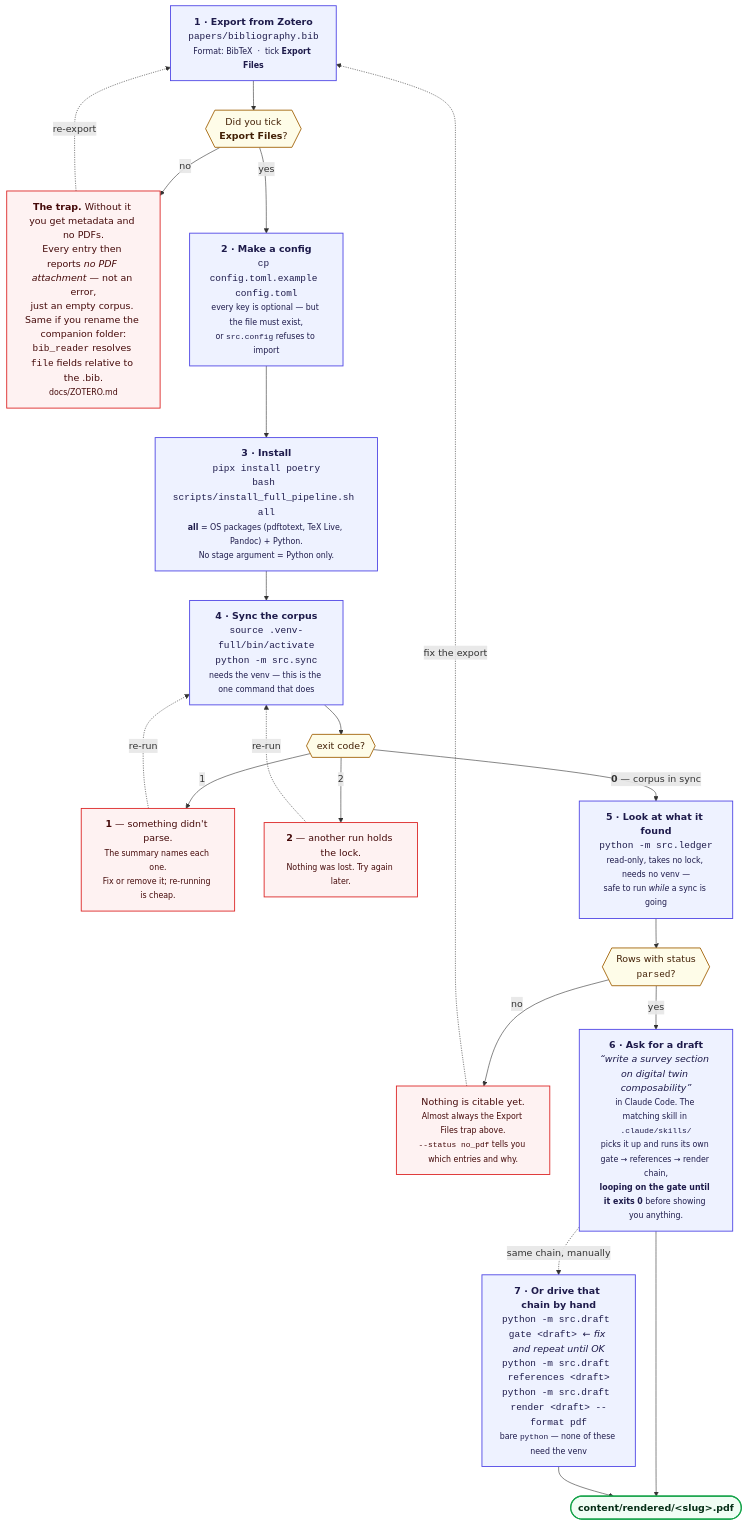
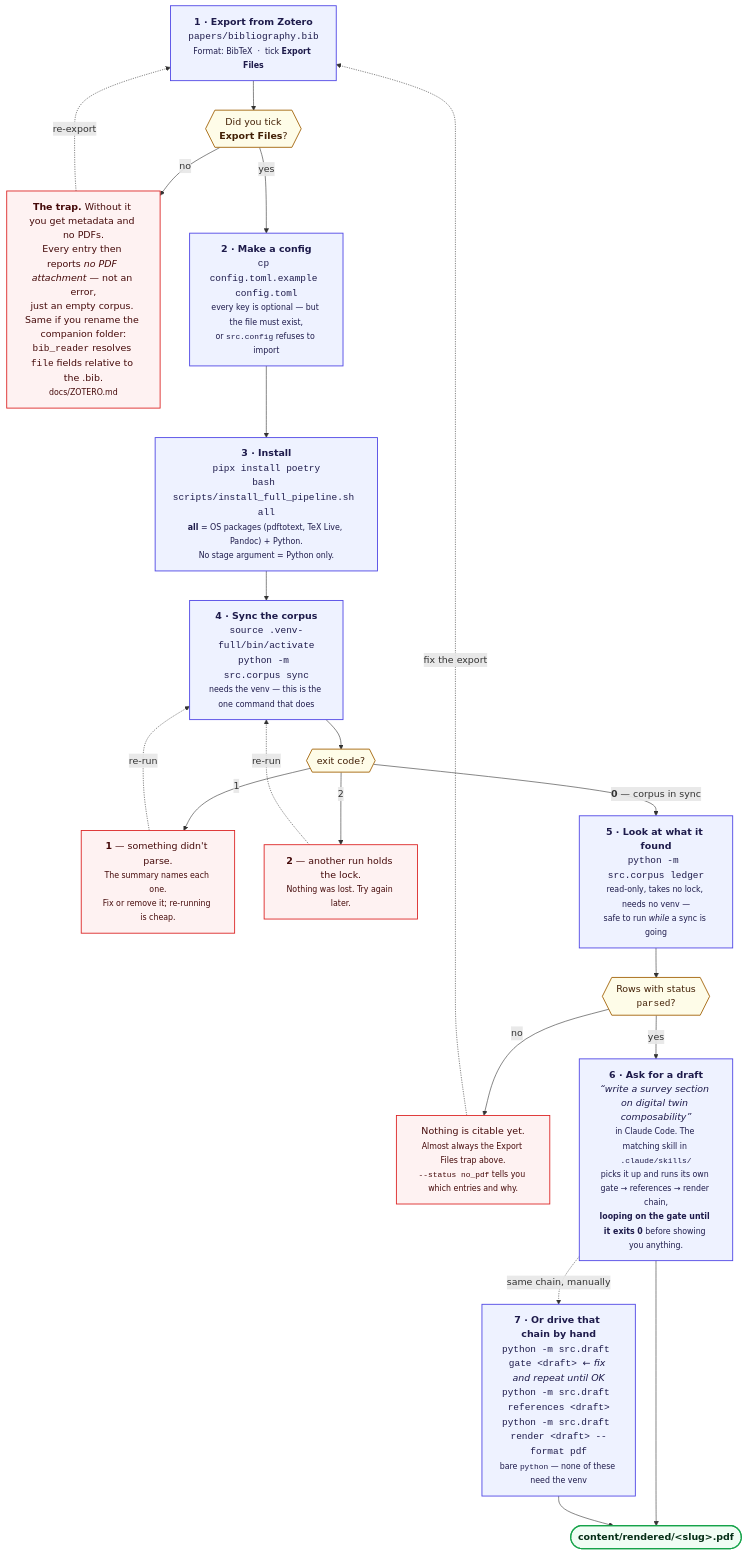
The second of 11 diagrams in docs/DIAGRAMS.md (prasadtalasila/chitragupta), drawn with Mermaid before and after one commit. The commit also changed other lines of this file and 89 other files, not shown here.

````diff
--- a/docs/DIAGRAMS.md
+++ b/docs/DIAGRAMS.md
@@ -109,51 +109,51 @@
 ```mermaid
 flowchart TB
 
   A["<b>1 · Export from Zotero</b><br/><code>papers/bibliography.bib</code><br/><small>Format: BibTeX &nbsp;·&nbsp; tick <b>Export Files</b></small>"]
   A1{{"Did you tick<br/><b>Export Files</b>?"}}
   ATRAP["<b>The trap.</b> Without it you get metadata and no PDFs.<br/>Every entry then reports <i>no PDF attachment</i> — not an error,<br/>just an empty corpus. Same if you rename the companion folder:<br/><code>bib_reader</code> resolves <code>file</code> fields relative to the .bib.<br/><small>docs/ZOTERO.md</small>"]
 
   B["<b>2 · Make a config</b><br/><code>cp config.toml.example config.toml</code><br/><small>every key is optional — but the file must exist,<br/>or <code>src.config</code> refuses to import</small>"]
 
   C["<b>3 · Install</b><br/><code>pipx install poetry</code><br/><code>bash scripts/install_full_pipeline.sh all</code><br/><small><b>all</b> = OS packages (pdftotext, TeX Live, Pandoc) + Python.<br/>No stage argument = Python only.</small>"]
 
-  D["<b>4 · Sync the corpus</b><br/><code>source .venv-full/bin/activate</code><br/><code>python -m src.sync</code><br/><small>needs the venv — this is the one command that does</small>"]
+  D["<b>4 · Sync the corpus</b><br/><code>source .venv-full/bin/activate</code><br/><code>python -m src.corpus sync</code><br/><small>needs the venv — this is the one command that does</small>"]
   D1{{"exit code?"}}
   DFAIL["<b>1</b> — something didn't parse.<br/><small>The summary names each one.<br/>Fix or remove it; re-running is cheap.</small>"]
   DBUSY["<b>2</b> — another run holds the lock.<br/><small>Nothing was lost. Try again later.</small>"]
 
-  E["<b>5 · Look at what it found</b><br/><code>python -m src.ledger</code><br/><small>read-only, takes no lock, needs no venv —<br/>safe to run <i>while</i> a sync is going</small>"]
+  E["<b>5 · Look at what it found</b><br/><code>python -m src.corpus ledger</code><br/><small>read-only, takes no lock, needs no venv —<br/>safe to run <i>while</i> a sync is going</small>"]
   E1{{"Rows with status<br/><code>parsed</code>?"}}
   EEMPTY["Nothing is citable yet.<br/><small>Almost always the Export Files trap above.<br/><code>--status no_pdf</code> tells you which entries and why.</small>"]
 
   F["<b>6 · Ask for a draft</b><br/><i>“write a survey section on digital twin composability”</i><br/><small>in Claude Code. The matching skill in <code>.claude/skills/</code><br/>picks it up and runs its own gate → references → render chain,<br/><b>looping on the gate until it exits 0</b> before showing you anything.</small>"]
 
   G["<b>7 · Or drive that chain by hand</b><br/><code>python -m src.draft gate &lt;draft&gt;</code> &nbsp;<i>← fix and repeat until OK</i><br/><code>python -m src.draft references &lt;draft&gt;</code><br/><code>python -m src.draft render &lt;draft&gt; --format pdf</code><br/><small>bare <code>python</code> — none of these need the venv</small>"]
 
   DONE(["<b>content/rendered/&lt;slug&gt;.pdf</b>"])
 
   A --> A1
   A1 -- no --> ATRAP
   ATRAP -. "re-export" .-> A
   A1 -- yes --> B --> C --> D --> D1
   D1 -- "1" --> DFAIL
   D1 -- "2" --> DBUSY
   DBUSY -. "re-run" .-> D
   DFAIL -. "re-run" .-> D
   D1 -- "<b>0</b> — corpus in sync" --> E --> E1
   E1 -- no --> EEMPTY
   EEMPTY -. "fix the export" .-> A
   E1 -- yes --> F --> DONE
   F -. "same chain, manually" .-> G
   G --> DONE
 
   classDef step fill:#eef2ff,stroke:#4f46e5,stroke-width:1.5px,color:#1e1b4b
   classDef check fill:#fefce8,stroke:#a16207,stroke-width:1.5px,color:#422006
   classDef trap fill:#fef2f2,stroke:#dc2626,stroke-width:1.5px,color:#450a0a
   classDef done fill:#f0fdf4,stroke:#16a34a,stroke-width:2px,color:#052e16
 
   class A,B,C,D,E,F,G step
   class A1,D1,E1 check
   class ATRAP,EEMPTY,DFAIL,DBUSY trap
   class DONE done
 ```
````
